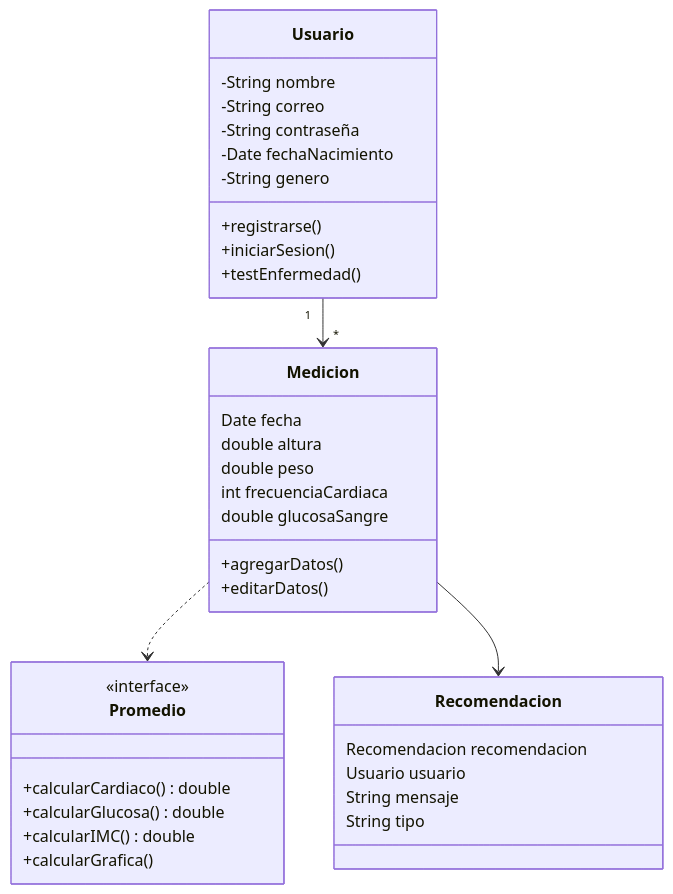
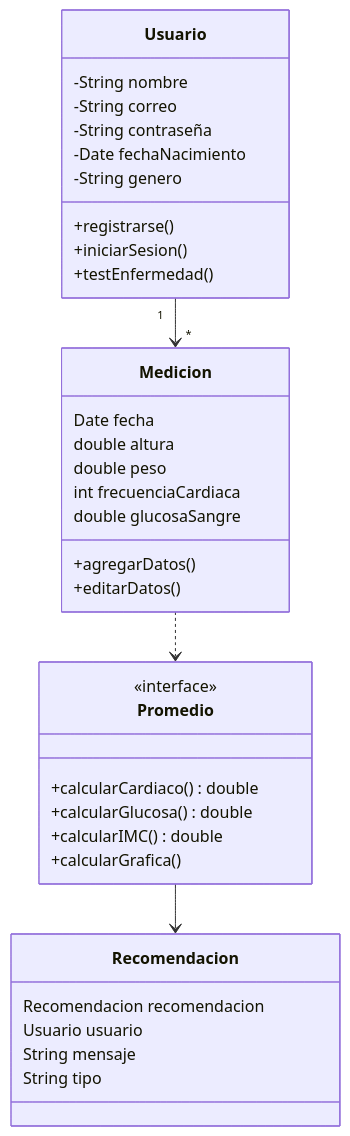
One commit to vcssoff/Proyecto changed the diagram in Docs/UML.md. Above: the diagram before and after it, drawn with Mermaid.

Commit message:
Restore UML diagram and use cases section

````diff
--- a/Docs/UML.md
+++ b/Docs/UML.md
@@ -5,42 +5,42 @@
 ```mermaid
 classDiagram
     class Usuario {
         -String nombre
         -String correo
         -String contraseña
         -Date fechaNacimiento
         -String genero
         +registrarse()
         +iniciarSesion()
         +testEnfermedad()
     }
 
     class Medicion {
         Date fecha
         double altura
         double peso
         int frecuenciaCardiaca
         double glucosaSangre
         +agregarDatos()
         +editarDatos()
     }
 
     class Promedio {
         <<interface>>
         +calcularCardiaco() double
         +calcularGlucosa() double
         +calcularIMC() double
         +calcularGrafica()
     }
 
     class Recomendacion {
         Recomendacion recomendacion
         Usuario usuario
         String mensaje
         String tipo
     }
 
     Usuario "1" --> "*" Medicion
     Medicion ..> Promedio
-    Medicion --> Recomendacion
+    Promedio --> Recomendacion
 ```
````
